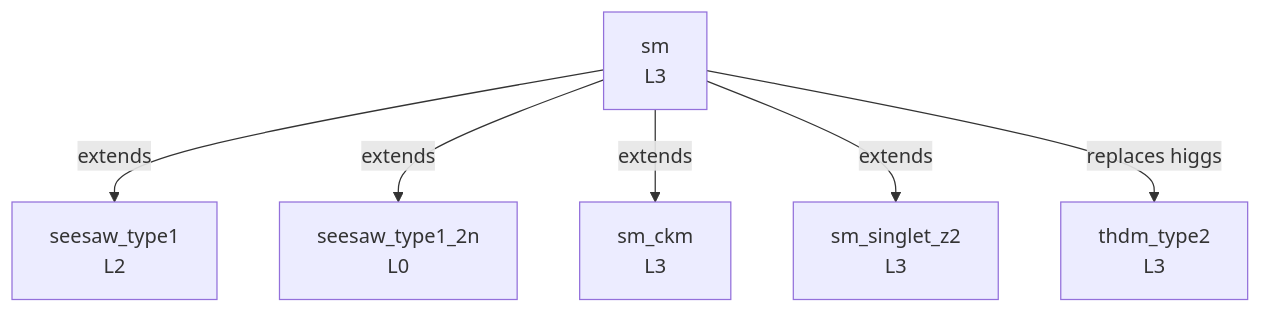
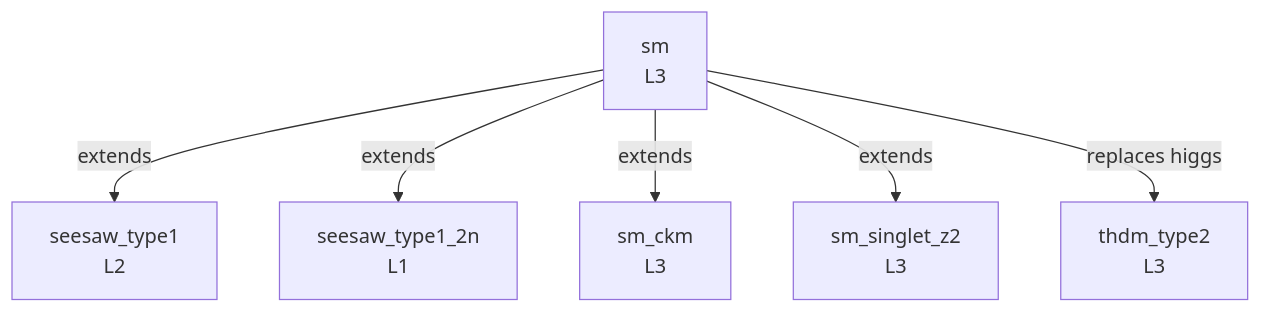
One commit to moiseszeleny/feynlag-models changed the diagram in GENEALOGY.md. Above: the diagram before and after it, drawn with Mermaid. The commit also changed other lines of this file and 4 other files, not shown here.

First line of the commit message:
Claim L1 for seesaw_type1_2n: rank-two light sector at the benchmark

````diff
--- a/GENEALOGY.md
+++ b/GENEALOGY.md
@@ -5,14 +5,14 @@
 ```mermaid
 graph TD
     seesaw_type1["seesaw_type1<br/>L2"]
-    seesaw_type1_2n["seesaw_type1_2n<br/>L0"]
+    seesaw_type1_2n["seesaw_type1_2n<br/>L1"]
     sm["sm<br/>L3"]
     sm_ckm["sm_ckm<br/>L3"]
     sm_singlet_z2["sm_singlet_z2<br/>L3"]
     thdm_type2["thdm_type2<br/>L3"]
     sm -->|extends| seesaw_type1
     sm -->|extends| seesaw_type1_2n
     sm -->|extends| sm_ckm
     sm -->|extends| sm_singlet_z2
     sm -->|replaces higgs| thdm_type2
 ```
````
